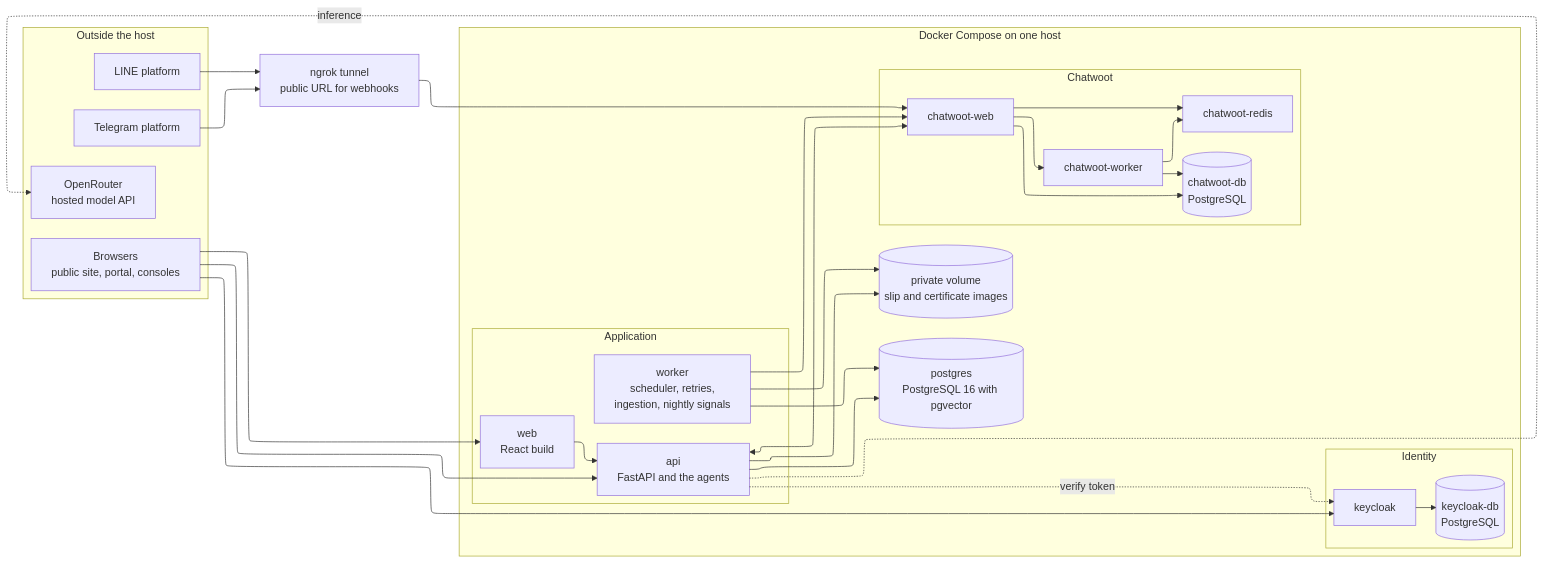
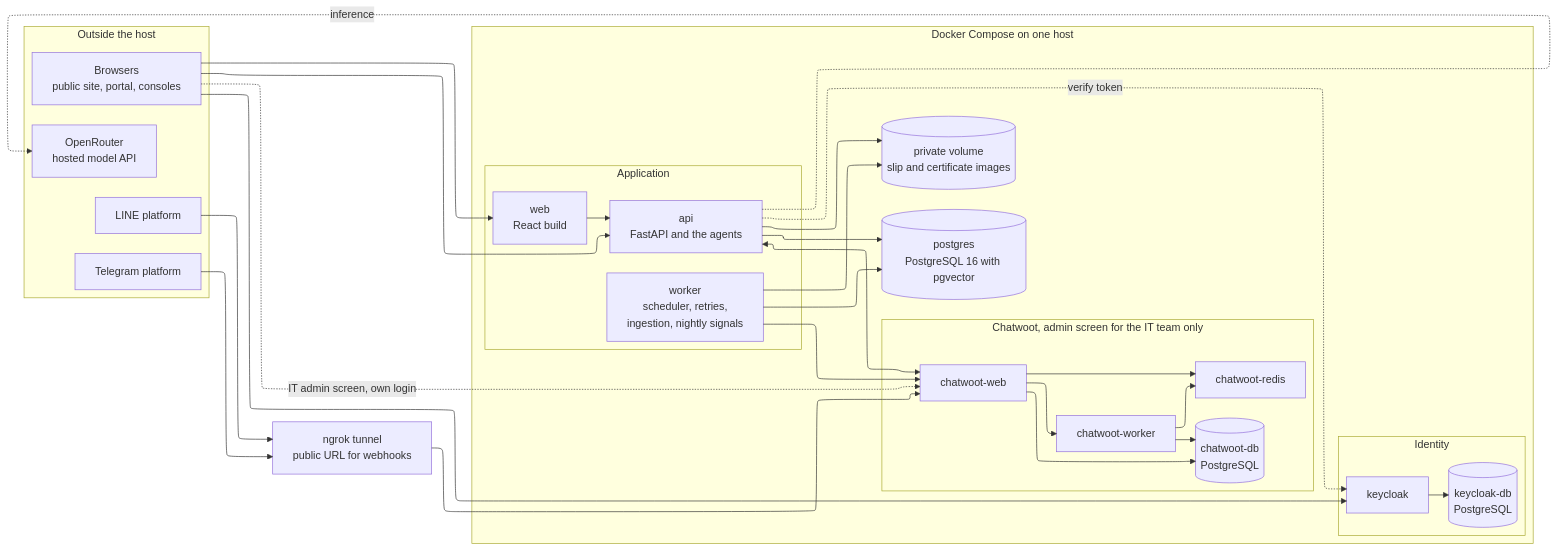
The tenth of 11 diagrams in design/diagrams/diagrams-source.md (SaiWaiYanLynn/smart-university-website), drawn with Mermaid before and after one commit. The commit also changed other lines of this file and 29 other files, not shown here.

Commit message:
Updated diagrams for supervisor with sub-agents and the new staff and instructor pages

````diff
--- a/design/diagrams/diagrams-source.md
+++ b/design/diagrams/diagrams-source.md
@@ -891,57 +911,58 @@
 ```mermaid
 ---
 config:
   layout: elk
 ---
 flowchart LR
   subgraph Outside["Outside the host"]
     BR["Browsers<br/>public site, portal, consoles"]
     LINEP["LINE platform"]
     TGP["Telegram platform"]
     ORP["OpenRouter<br/>hosted model API"]
   end
 
   NG["ngrok tunnel<br/>public URL for webhooks"]
 
   subgraph Host["Docker Compose on one host"]
     subgraph App["Application"]
       WEB["web<br/>React build"]
       API["api<br/>FastAPI and the agents"]
       WRK["worker<br/>scheduler, retries,<br/>ingestion, nightly signals"]
     end
-    subgraph Chat["Chatwoot"]
+    subgraph Chat["Chatwoot, admin screen for the IT team only"]
       CWW["chatwoot-web"]
       CWK["chatwoot-worker"]
       CWR["chatwoot-redis"]
       CWD[("chatwoot-db<br/>PostgreSQL")]
     end
     subgraph Ident["Identity"]
       KC["keycloak"]
       KCD[("keycloak-db<br/>PostgreSQL")]
     end
     PG[("postgres<br/>PostgreSQL 16 with pgvector")]
     VOL[("private volume<br/>slip and certificate images")]
   end
 
   BR --> WEB
   BR --> API
   BR --> KC
+  BR -. "IT admin screen, own login" .-> CWW
   WEB --> API
   API -. verify token .-> KC
   KC --> KCD
   API --> PG
   WRK --> PG
   API --> VOL
   WRK --> VOL
   API <--> CWW
   WRK --> CWW
   CWW --> CWK
   CWW --> CWR
   CWW --> CWD
   CWK --> CWR
   CWK --> CWD
   LINEP --> NG
   TGP --> NG
   NG --> CWW
   API -. inference .-> ORP
 ```
````
